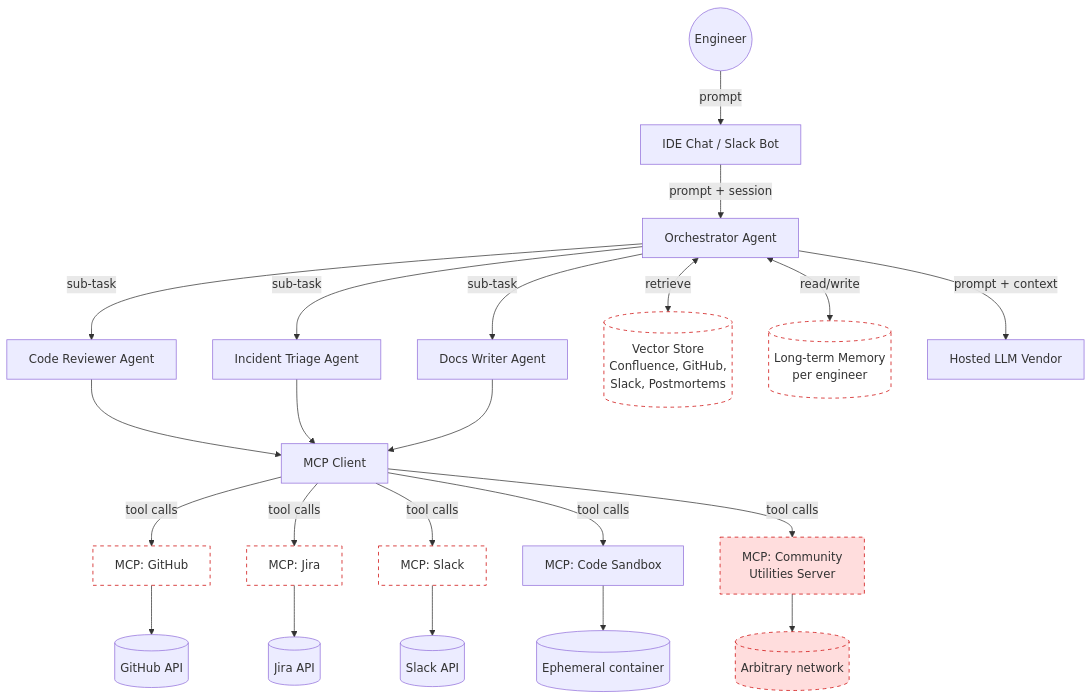
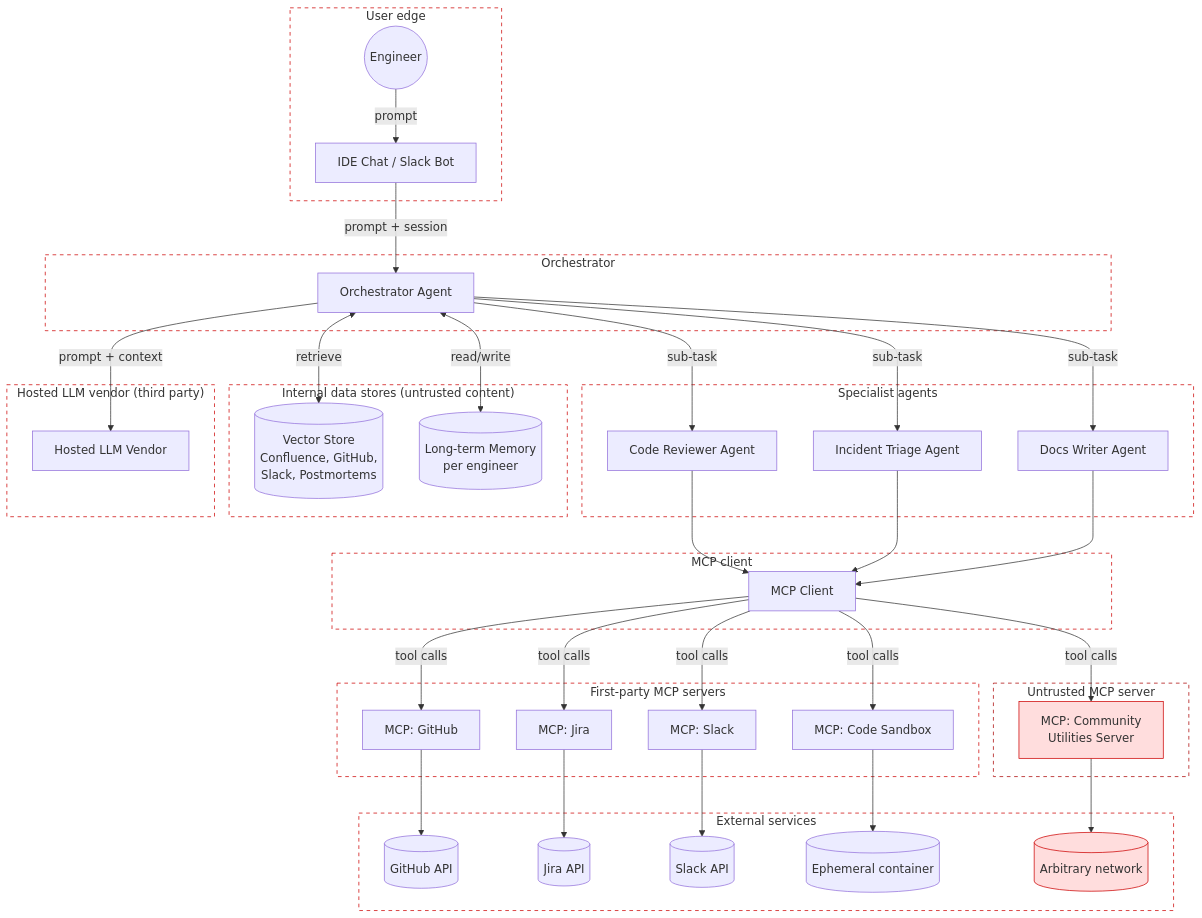
The diagram in threat-modelling-ai-systems-complete.md (BrettCrawley/elevation-of-autonomy), drawn with Mermaid before and after one commit. The commit also changed other lines of this file and 16 other files, not shown here.

````diff
--- a/threat-modelling-ai-systems-complete.md
+++ b/threat-modelling-ai-systems-complete.md
@@ -57,35 +57,90 @@
 ```mermaid
 flowchart TB
-    Eng((Engineer)) -->|prompt| UI[IDE Chat / Slack Bot]
-    UI -->|prompt + session| Orch[Orchestrator Agent]
+    subgraph UserEdge["User edge"]
+        Eng((Engineer))
+        UI[IDE Chat / Slack Bot]
+    end
 
-    Orch -->|sub-task| CR[Code Reviewer Agent]
-    Orch -->|sub-task| IT[Incident Triage Agent]
-    Orch -->|sub-task| DW[Docs Writer Agent]
+    subgraph OrchZone["Orchestrator"]
+        Orch[Orchestrator Agent]
+    end
 
-    Orch <-->|retrieve| RAG[(Vector Store<br/>Confluence, GitHub,<br/>Slack, Postmortems)]
-    Orch <-->|read/write| Mem[(Long-term Memory<br/>per engineer)]
+    subgraph Specialists["Specialist agents"]
+        CR[Code Reviewer Agent]
+        IT[Incident Triage Agent]
+        DW[Docs Writer Agent]
+    end
 
-    CR --> MCP[MCP Client]
+    subgraph Stores["Internal data stores (untrusted content)"]
+        RAG[(Vector Store<br/>Confluence, GitHub,<br/>Slack, Postmortems)]
+        Mem[(Long-term Memory<br/>per engineer)]
+    end
+
+    subgraph MCPLayer["MCP client"]
+        MCP[MCP Client]
+    end
+
+    subgraph FirstPartyMCP["First-party MCP servers"]
+        GH[MCP: GitHub]
+        JR[MCP: Jira]
+        SL[MCP: Slack]
+        SB[MCP: Code Sandbox]
+    end
+
+    subgraph CommunityMCP["Untrusted MCP server"]
+        UT[MCP: Community<br/>Utilities Server]
+    end
+
+    subgraph ExternalAPIs["External services"]
+        GHAPI[(GitHub API)]
+        JRAPI[(Jira API)]
+        SLAPI[(Slack API)]
+        Exec[(Ephemeral container)]
+        Net[(Arbitrary network)]
+    end
+
+    subgraph LLMVendor["Hosted LLM vendor (third party)"]
+        Model[Hosted LLM Vendor]
+    end
+
+    Eng -->|prompt| UI
+    UI -->|prompt + session| Orch
+
+    Orch -->|sub-task| CR
+    Orch -->|sub-task| IT
+    Orch -->|sub-task| DW
+
+    Orch <-->|retrieve| RAG
+    Orch <-->|read/write| Mem
+
+    CR --> MCP
     IT --> MCP
     DW --> MCP
 
-    MCP -->|tool calls| GH[MCP: GitHub]
-    MCP -->|tool calls| JR[MCP: Jira]
-    MCP -->|tool calls| SL[MCP: Slack]
-    MCP -->|tool calls| SB[MCP: Code Sandbox]
-    MCP -->|tool calls| UT[MCP: Community<br/>Utilities Server]
+    MCP -->|tool calls| GH
+    MCP -->|tool calls| JR
+    MCP -->|tool calls| SL
+    MCP -->|tool calls| SB
+    MCP -->|tool calls| UT
 
-    GH --> GHAPI[(GitHub API)]
-    JR --> JRAPI[(Jira API)]
-    SL --> SLAPI[(Slack API)]
-    SB --> Exec[(Ephemeral container)]
-    UT --> Net[(Arbitrary network)]
+    GH --> GHAPI
+    JR --> JRAPI
+    SL --> SLAPI
+    SB --> Exec
+    UT --> Net
 
-    Orch -->|prompt + context| Model[Hosted LLM Vendor]
+    Orch -->|prompt + context| Model
 
-    classDef untrusted stroke-dasharray:5 5,stroke:#c00,fill:#fff
     classDef danger stroke:#c00,fill:#fdd
-    class RAG,Mem,UT,Net,GH,JR,SL untrusted
     class UT,Net danger
+
+    style UserEdge stroke-dasharray:5 5,stroke:#c00,fill:#fff
+    style OrchZone stroke-dasharray:5 5,stroke:#c00,fill:#fff
+    style Specialists stroke-dasharray:5 5,stroke:#c00,fill:#fff
+    style Stores stroke-dasharray:5 5,stroke:#c00,fill:#fff
+    style MCPLayer stroke-dasharray:5 5,stroke:#c00,fill:#fff
+    style FirstPartyMCP stroke-dasharray:5 5,stroke:#c00,fill:#fff
+    style CommunityMCP stroke-dasharray:5 5,stroke:#a00,fill:#fff
+    style ExternalAPIs stroke-dasharray:5 5,stroke:#c00,fill:#fff
+    style LLMVendor stroke-dasharray:5 5,stroke:#c00,fill:#fff
 ```
````
